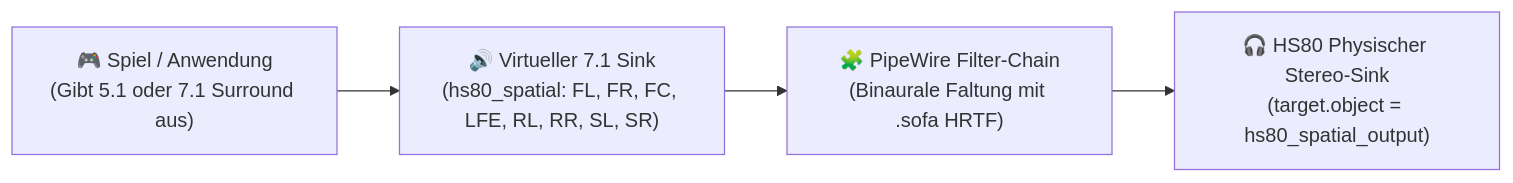
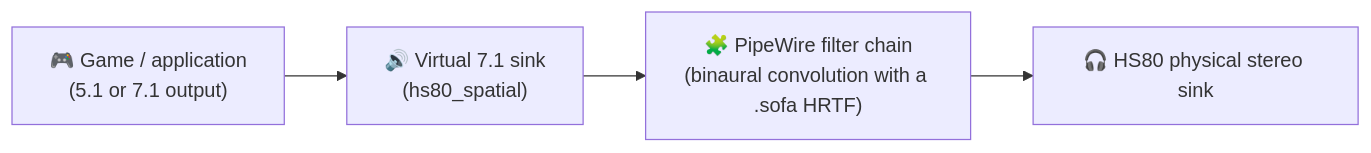
Before and after one commit to ST1CKEL/HS80_Control: the first of 3 diagrams in README.md, drawn with Mermaid. The commit also changed other lines of this file and 8 other files, not shown here.

````diff
--- a/README.md
+++ b/README.md
@@ -427,11 +287,9 @@
 ```mermaid
 flowchart LR
-    Game["🎮 Spiel / Anwendung\n(Gibt 5.1 oder 7.1 Surround aus)"]
-    VirtualSink["🔊 Virtueller 7.1 Sink\n(hs80_spatial: FL, FR, FC, LFE, RL, RR, SL, SR)"]
-    Filter["🧩 PipeWire Filter-Chain\n(Binaurale Faltung mit .sofa HRTF)"]
-    Output["🎧 HS80 Physischer Stereo-Sink\n(target.object = hs80_spatial_output)"]
+    Game["🎮 Game / application\n(5.1 or 7.1 output)"]
+    VirtualSink["🔊 Virtual 7.1 sink\n(hs80_spatial)"]
+    Filter["🧩 PipeWire filter chain\n(binaural convolution with a .sofa HRTF)"]
+    Output["🎧 HS80 physical stereo sink"]
 
-    Game --> VirtualSink
-    VirtualSink --> Filter
-    Filter --> Output
+    Game --> VirtualSink --> Filter --> Output
 ```
````
